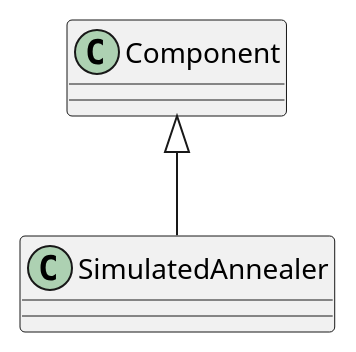
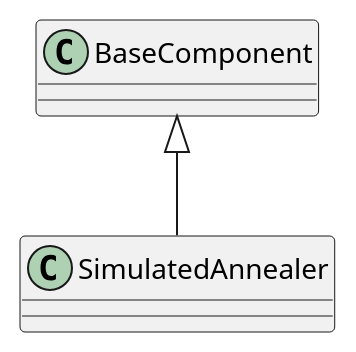
The diagram in tuna/optimizers/simulatedannealing.rst (russell-n/thetuna), drawn with PlantUML before and after one commit. The commit also changed 31 other files, not shown here.

```diff
--- a/tuna/optimizers/simulatedannealing.rst
+++ b/tuna/optimizers/simulatedannealing.rst
@@ -33,3 +33,3 @@
 .. uml::
 
-   Component <|-- SimulatedAnnealer
+   BaseComponent <|-- SimulatedAnnealer
```
